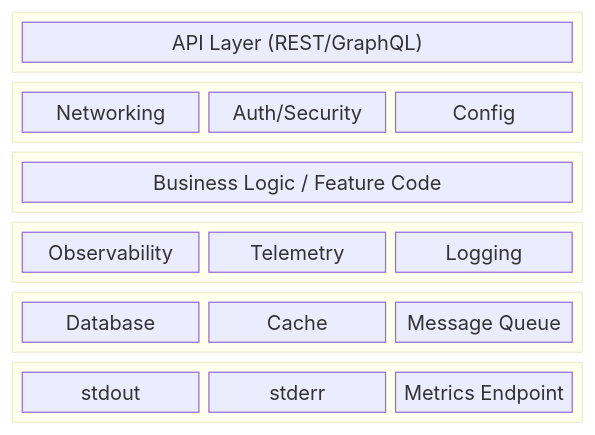
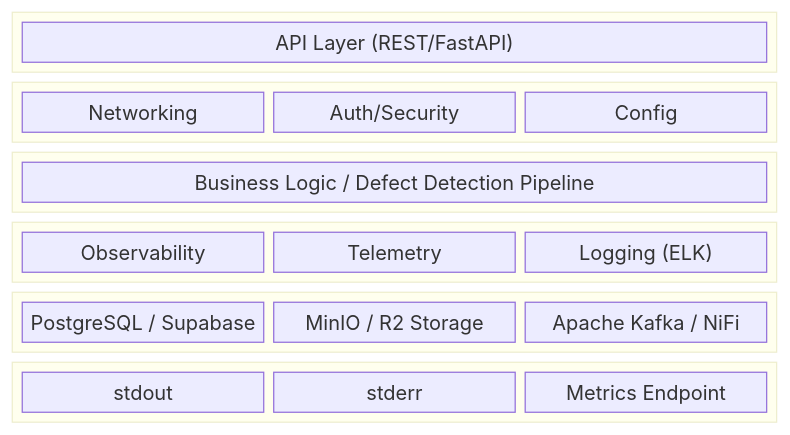
The second of 3 diagrams in README.md (Katty-Fashion/AIRise-ai-fabric-inspection), drawn with Mermaid before and after one commit. The commit also changed other lines of this file, not shown here.

````diff
--- a/README.md
+++ b/README.md
@@ -52,28 +58,28 @@
 ```mermaid
 block-beta
     columns 3
 
     block:external:3
-        A["API Layer (REST/GraphQL)"]
+        A["API Layer (REST/FastAPI)"]
     end
 
     block:infra:3
         B["Networking"] C["Auth/Security"] D["Config"]
     end
 
     block:core:3
-        E["Business Logic / Feature Code"]
+        E["Business Logic / Defect Detection Pipeline"]
     end
 
     block:observability:3
-        F["Observability"] G["Telemetry"] H["Logging"]
+        F["Observability"] G["Telemetry"] H["Logging (ELK)"]
     end
 
     block:io:3
-        I["Database"] J["Cache"] K["Message Queue"]
+        I["PostgreSQL / Supabase"] J["MinIO / R2 Storage"] K["Apache Kafka / NiFi"]
     end
 
     block:output:3
         L["stdout"] M["stderr"] N["Metrics Endpoint"]
     end
 ```
````
